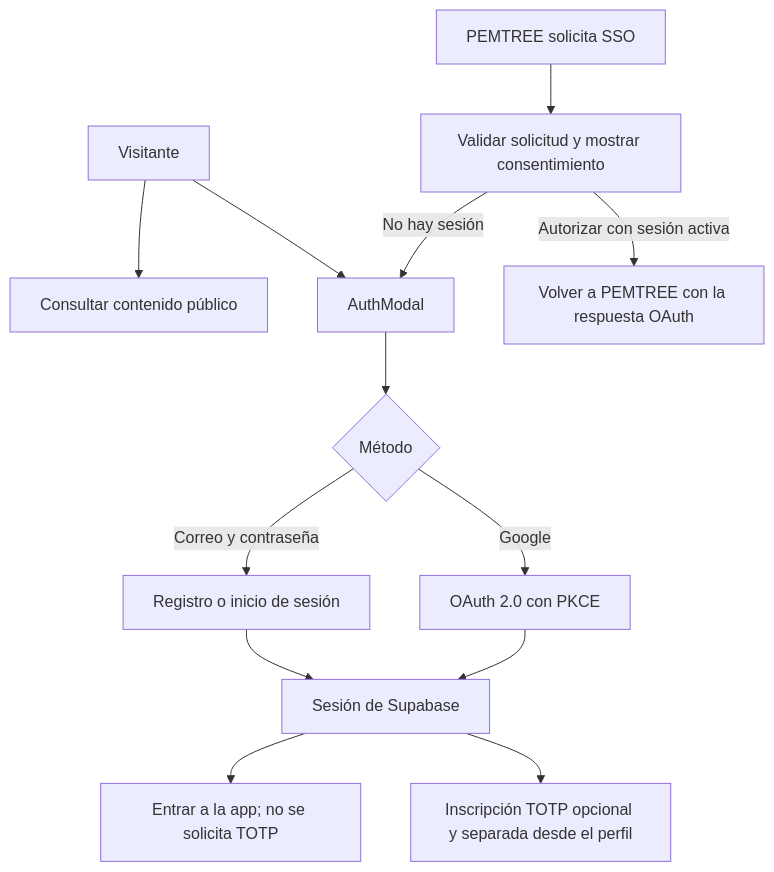
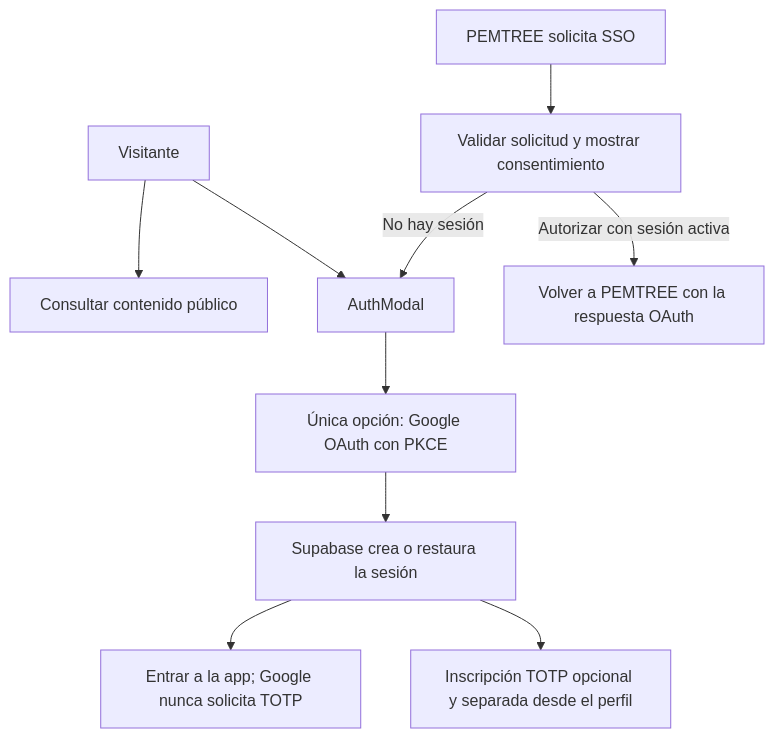
The diagram in docs/ux/07-autenticacion.md (Trebol4Devop/Comunidad_USAC), drawn with Mermaid before and after one commit. The commit also changed other lines of this file and 8 other files, not shown here.

Commit message:
fix: inicio de sesión

````diff
--- a/docs/ux/07-autenticacion.md
+++ b/docs/ux/07-autenticacion.md
@@ -63,16 +63,13 @@
 ```mermaid
 flowchart TD
     Guest["Visitante"] --> Read["Consultar contenido público"]
     Guest --> Auth["AuthModal"]
-    Auth --> Choice{"Método"}
-    Choice -->|"Correo y contraseña"| Email["Registro o inicio de sesión"]
-    Choice -->|"Google"| Google["OAuth 2.0 con PKCE"]
-    Email --> Session["Sesión de Supabase"]
-    Google --> Session
-    Session --> App["Entrar a la app; no se solicita TOTP"]
+    Auth --> Google["Única opción: Google OAuth con PKCE"]
+    Google --> Session["Supabase crea o restaura la sesión"]
+    Session --> App["Entrar a la app; Google nunca solicita TOTP"]
     Session --> Profile["Inscripción TOTP opcional y separada desde el perfil"]
 
     SSO["PEMTREE solicita SSO"] --> Consent["Validar solicitud y mostrar consentimiento"]
     Consent -->|"Autorizar con sesión activa"| Return["Volver a PEMTREE con la respuesta OAuth"]
     Consent -->|"No hay sesión"| Auth
 ```
````
